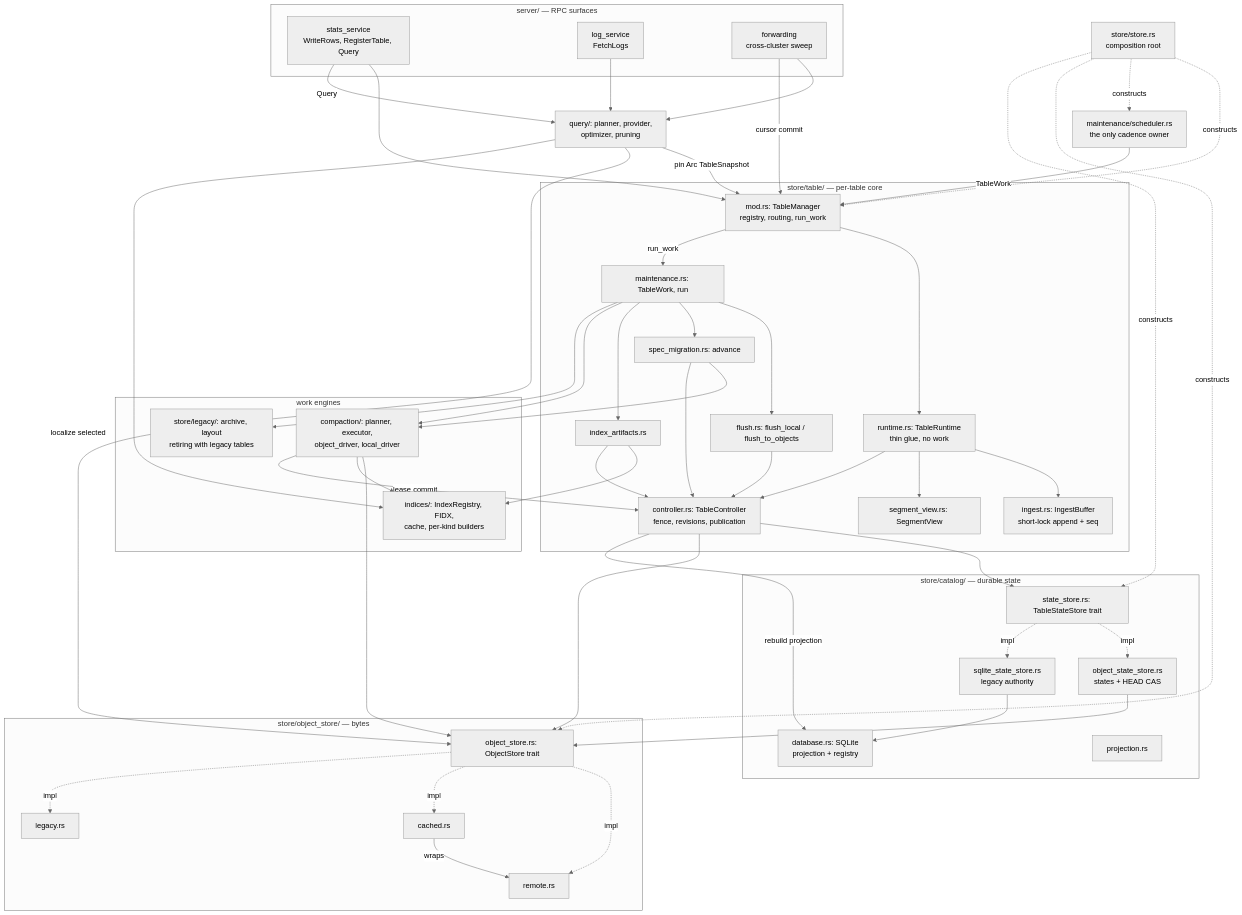
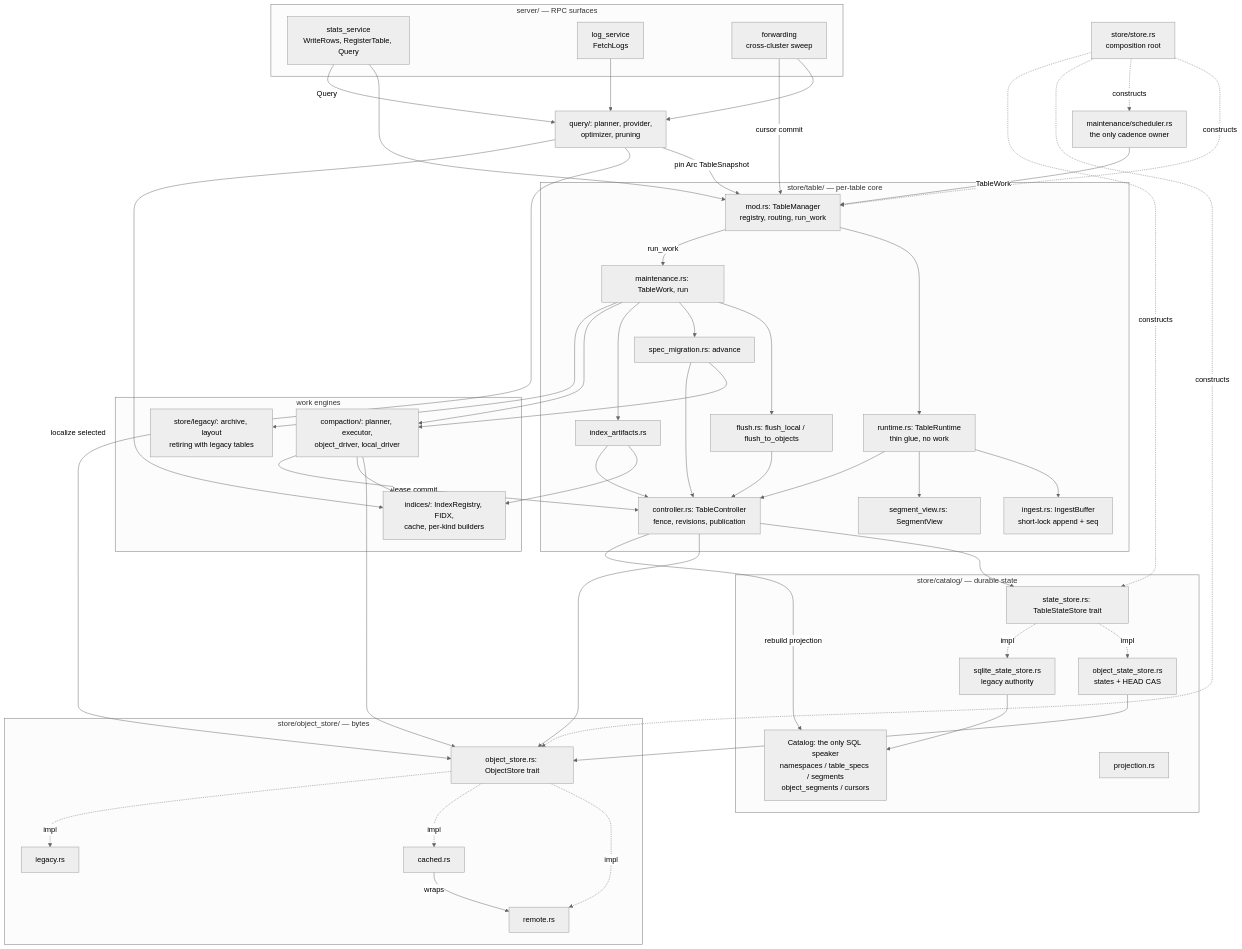
Before and after one commit to marin-community/marin: the first of 6 diagrams in lib/finelog/ARCHITECTURE.md, drawn with Mermaid (neutral theme). The commit also changed other lines of this file and 15 other files, not shown here.

```diff
--- a/lib/finelog/ARCHITECTURE.md
+++ b/lib/finelog/ARCHITECTURE.md
@@ -28,7 +28,7 @@
         SS[state_store.rs: TableStateStore trait]
         OSS[object_state_store.rs<br/>states + HEAD CAS]
         SQS[sqlite_state_store.rs<br/>legacy authority]
-        DB[database.rs: SQLite<br/>projection + registry]
+        DB[Catalog: the only SQL speaker<br/>namespaces / table_specs / segments<br/>object_segments / cursors]
         PJ[projection.rs]
     end
 
```
